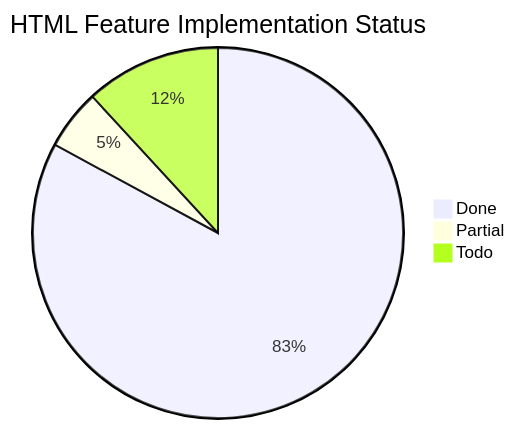
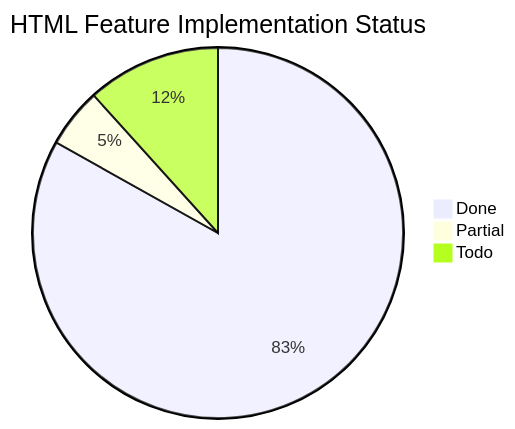
One commit to SimonCropp/OpenXmlHtml changed the third of 3 diagrams in docs/html-features.md. Above: the diagram before and after it, drawn with Mermaid. The commit also changed other lines of this file and 25 other files, not shown here.

````diff
--- a/docs/html-features.md
+++ b/docs/html-features.md
@@ -829,6 +836,6 @@
 ```mermaid
 pie title HTML Feature Implementation Status
-    "Done" : 63
+    "Done" : 64
     "Partial" : 4
     "Todo" : 9
 ```
````
